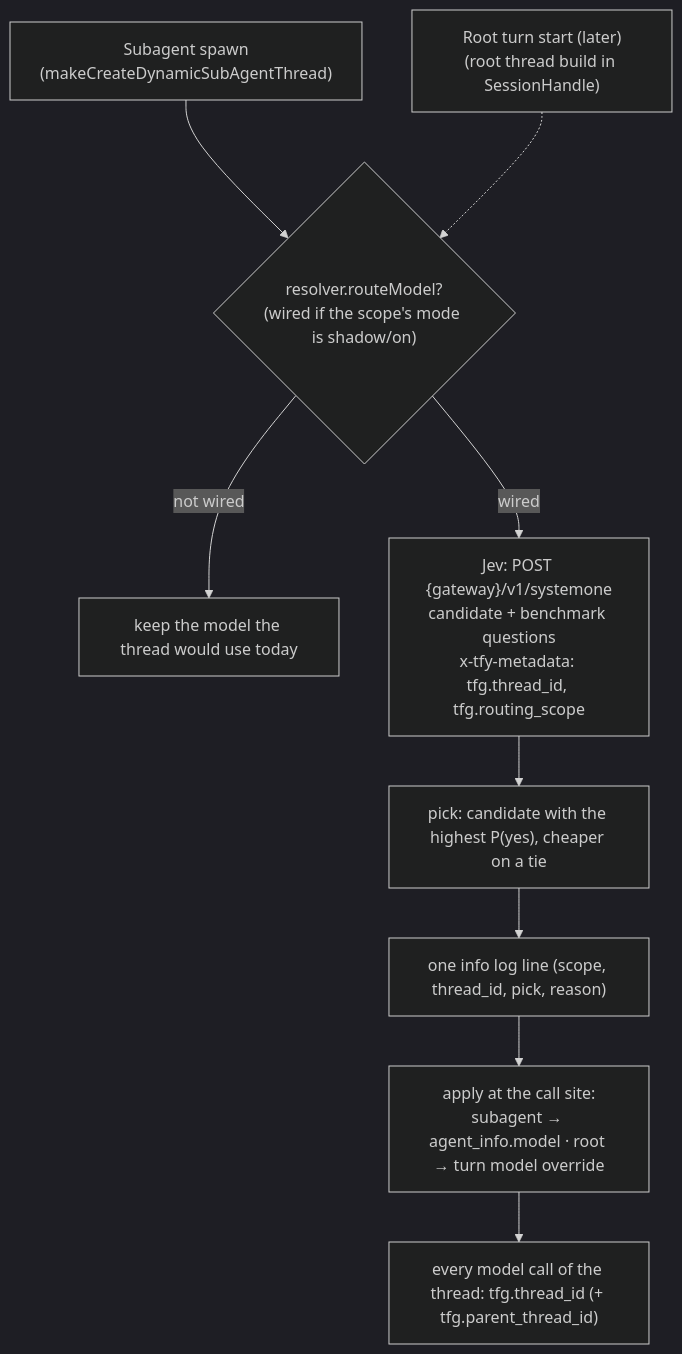
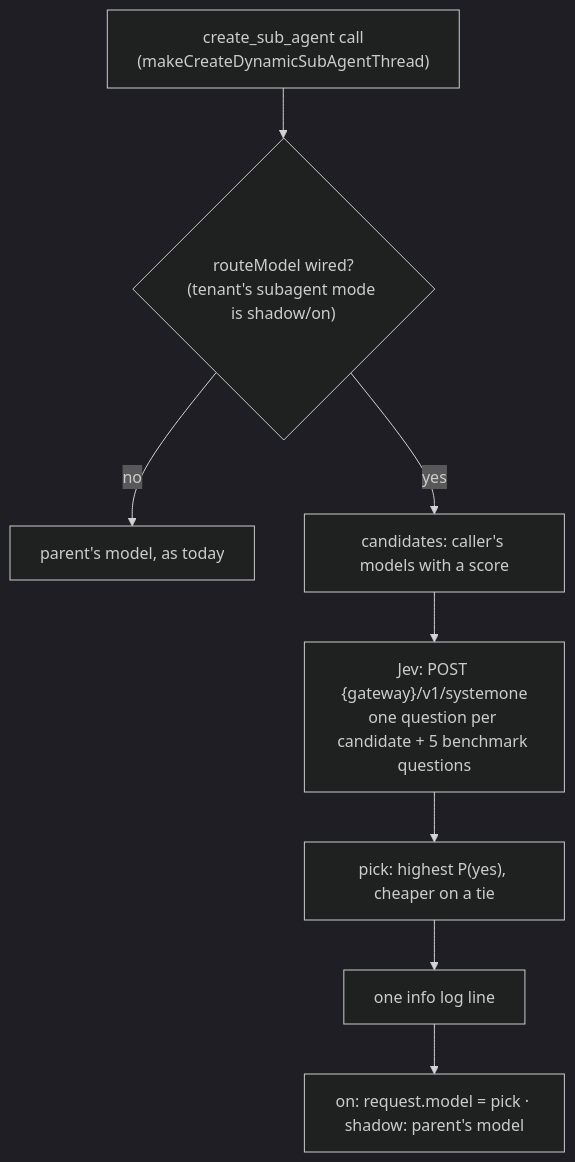
One commit to truefoundry/trueforge changed the diagram in docs/subagent-auto-routing/lld.md. Above: the diagram before and after it, drawn with Mermaid (dark theme). The commit also changed other lines of this file, not shown here.

Commit message:
docs: update subagent routing LLD for the internal PoC

````diff
--- a/docs/subagent-auto-routing/lld.md
+++ b/docs/subagent-auto-routing/lld.md
@@ -47,12 +42,10 @@
 ```mermaid
 flowchart TD
-  S1["Subagent spawn<br/>(makeCreateDynamicSubAgentThread)"] --> R
-  S2["Root turn start (later)<br/>(root thread build in SessionHandle)"] -.-> R
-  R{"resolver.routeModel?<br/>(wired if the scope's mode is shadow/on)"}
-  R -- not wired --> K["keep the model the thread would use today"]
-  R -- wired --> J["Jev: POST {gateway}/v1/systemone<br/>candidate + benchmark questions<br/>x-tfy-metadata: tfg.thread_id, tfg.routing_scope"]
-  J --> P["pick: candidate with the highest P(yes), cheaper on a tie"]
-  P --> L["one info log line (scope, thread_id, pick, reason)"]
-  L --> A["apply at the call site:<br/>subagent → agent_info.model · root → turn model override"]
-  A --> T["every model call of the thread: tfg.thread_id (+ tfg.parent_thread_id)"]
+  S["create_sub_agent call<br/>(makeCreateDynamicSubAgentThread)"] --> R{"routeModel wired?<br/>(tenant's subagent mode is shadow/on)"}
+  R -- no --> K["parent's model, as today"]
+  R -- yes --> C["candidates: caller's models with a score"]
+  C --> J["Jev: POST {gateway}/v1/systemone<br/>one question per candidate + 5 benchmark questions"]
+  J --> P["pick: highest P(yes), cheaper on a tie"]
+  P --> L["one info log line"]
+  L --> A["on: request.model = pick · shadow: parent's model"]
 ```
````
